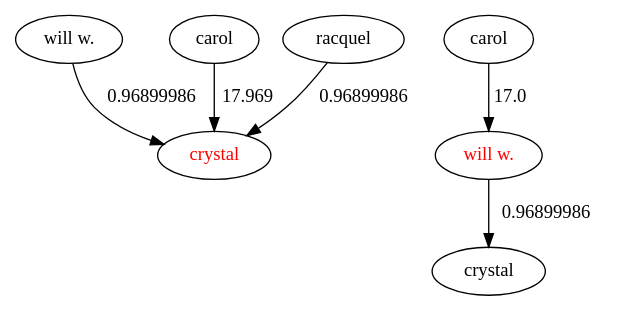
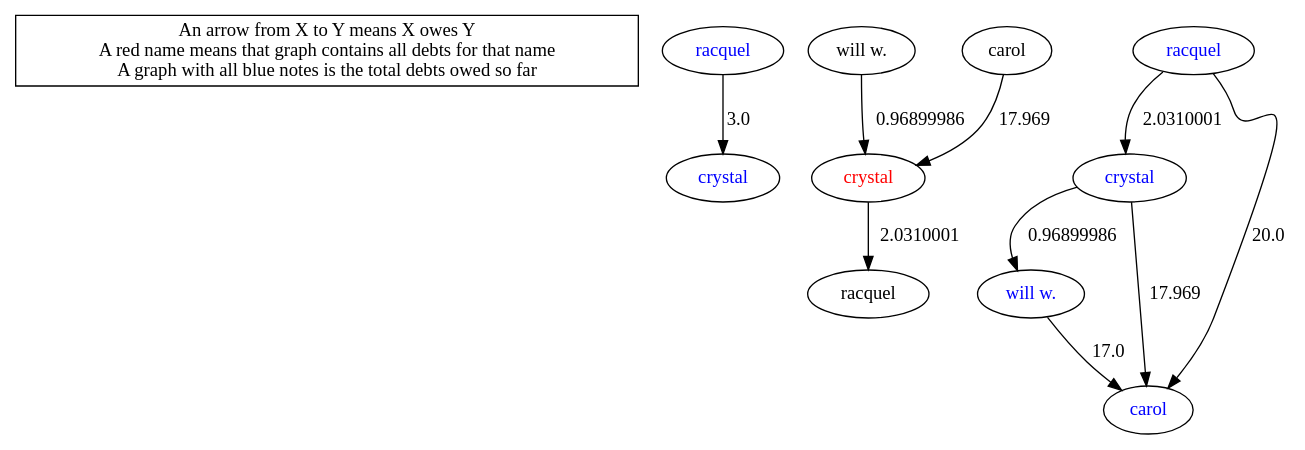
Before and after one commit to willywwang/CPSC-410-Project-1: the diagram in output.dot, drawn with Graphviz. The commit also changed 9 other files, not shown here.

Commit message:
added more color coding and info box, implemented debts for everyone

```diff
--- a/output.dot
+++ b/output.dot
@@ -1,19 +1,45 @@
 digraph G{
-1 [label = "will w."];
-0 [label = "crystal"];
-1->0 [label = "0.96899986"];
-3 [label = "carol"];
-0 [label = "crystal"];
-3->0 [label = "17.969"];
-5 [label = "racquel"];
-0 [label = "crystal"];
-5->0 [label = "0.96899986"];
-0 [fontcolor = "red"];
-7 [label = "carol"];
-6 [label = "will w."];
-7->6 [label = "17.0"];
-6 [label = "will w."];
-9 [label = "crystal"];
-6->9 [label = "0.96899986"];
-6 [fontcolor = "red"];
+info [shape = box label="An arrow from X to Y means X owes Y 
+ A red name means that graph contains all debts for that name
+A graph with all blue notes is the total debts owed so far"]
+2 [label = "racquel"];
+1 [label = "crystal"];
+2->1 [label = "3.0"];
+2 [fontcolor = "blue"];
+1 [fontcolor = "blue"];
+4 [label = "will w."];
+3 [label = "crystal"];
+4->3 [label = "0.96899986"];
+6 [label = "carol"];
+3 [label = "crystal"];
+6->3 [label = "17.969"];
+3 [label = "crystal"];
+8 [label = "racquel"];
+3->8 [label = "2.0310001"];
+3 [fontcolor = "red"];
+10 [label = "crystal"];
+9 [label = "will w."];
+10->9 [label = "0.96899986"];
+10 [fontcolor = "blue"];
+9 [fontcolor = "blue"];
+9 [label = "will w."];
+11 [label = "carol"];
+9->11 [label = "17.0"];
+9 [fontcolor = "blue"];
+11 [fontcolor = "blue"];
+10 [label = "crystal"];
+11 [label = "carol"];
+10->11 [label = "17.969"];
+10 [fontcolor = "blue"];
+11 [fontcolor = "blue"];
+12 [label = "racquel"];
+11 [label = "carol"];
+12->11 [label = "20.0"];
+12 [fontcolor = "blue"];
+11 [fontcolor = "blue"];
+12 [label = "racquel"];
+10 [label = "crystal"];
+12->10 [label = "2.0310001"];
+12 [fontcolor = "blue"];
+10 [fontcolor = "blue"];
 }
```
